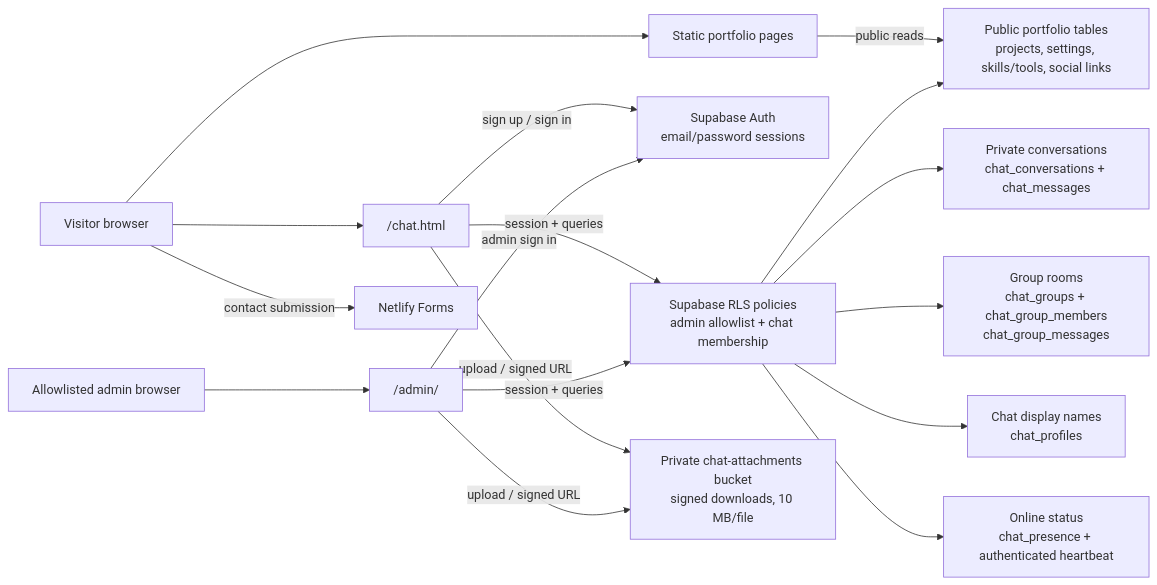
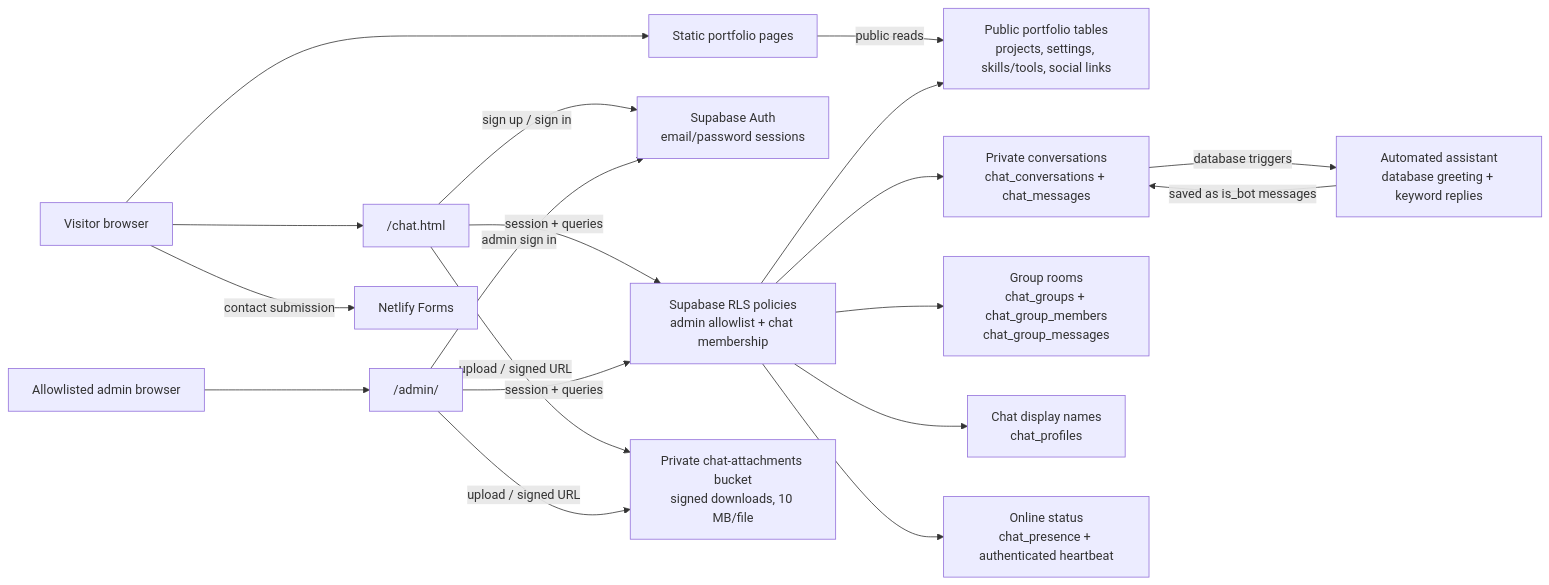
Before and after one commit to JManishkanna/MEPHISTO-BACK-SPELL: the diagram in README.md, drawn with Mermaid. The commit also changed other lines of this file and 6 other files, not shown here.

````diff
--- a/README.md
+++ b/README.md
@@ -50,34 +50,37 @@
 ```mermaid
 flowchart LR
   Visitor["Visitor browser"]
   Admin["Allowlisted admin browser"]
   Pages["Static portfolio pages"]
   ChatUI["/chat.html"]
   AdminUI["/admin/"]
   Auth["Supabase Auth<br/>email/password sessions"]
   RLS["Supabase RLS policies<br/>admin allowlist + chat membership"]
   Portfolio["Public portfolio tables<br/>projects, settings, skills/tools, social links"]
   DMs["Private conversations<br/>chat_conversations + chat_messages"]
   Groups["Group rooms<br/>chat_groups + chat_group_members<br/>chat_group_messages"]
   Profiles["Chat display names<br/>chat_profiles"]
   Presence["Online status<br/>chat_presence + authenticated heartbeat"]
+  Bot["Automated assistant<br/>database greeting + keyword replies"]
   Storage["Private chat-attachments bucket<br/>signed downloads, 10 MB/file"]
   Netlify["Netlify Forms"]
 
   Visitor --> Pages
   Visitor --> ChatUI
   Admin --> AdminUI
   ChatUI -->|"sign up / sign in"| Auth
   AdminUI -->|"admin sign in"| Auth
   Pages -->|"public reads"| Portfolio
   ChatUI -->|"session + queries"| RLS
   AdminUI -->|"session + queries"| RLS
   RLS --> Portfolio
   RLS --> DMs
   RLS --> Groups
   RLS --> Profiles
   RLS --> Presence
+  DMs -->|"database triggers"| Bot
+  Bot -->|"saved as is_bot messages"| DMs
   ChatUI -->|"upload / signed URL"| Storage
   AdminUI -->|"upload / signed URL"| Storage
   Visitor -->|"contact submission"| Netlify
 ```
````
